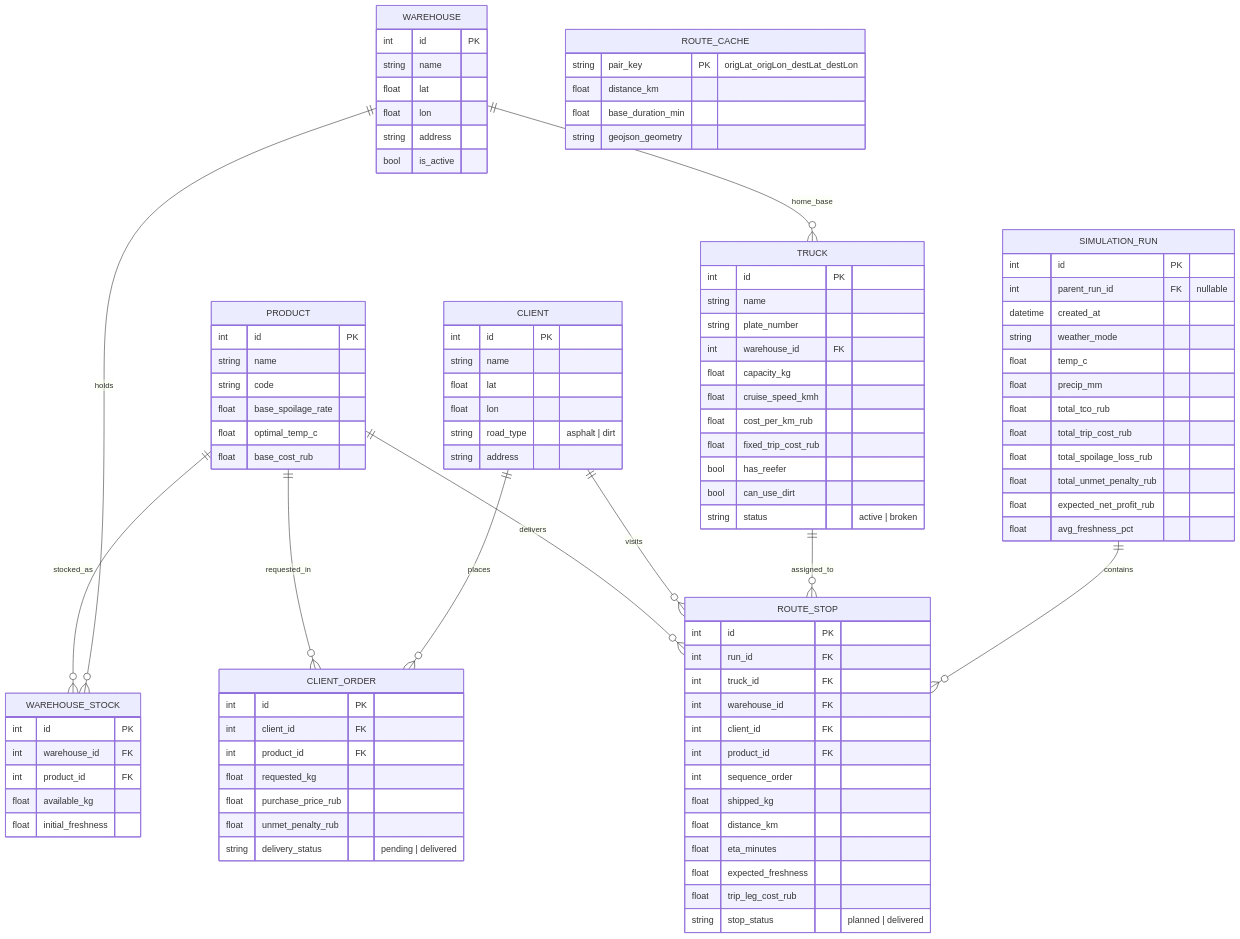
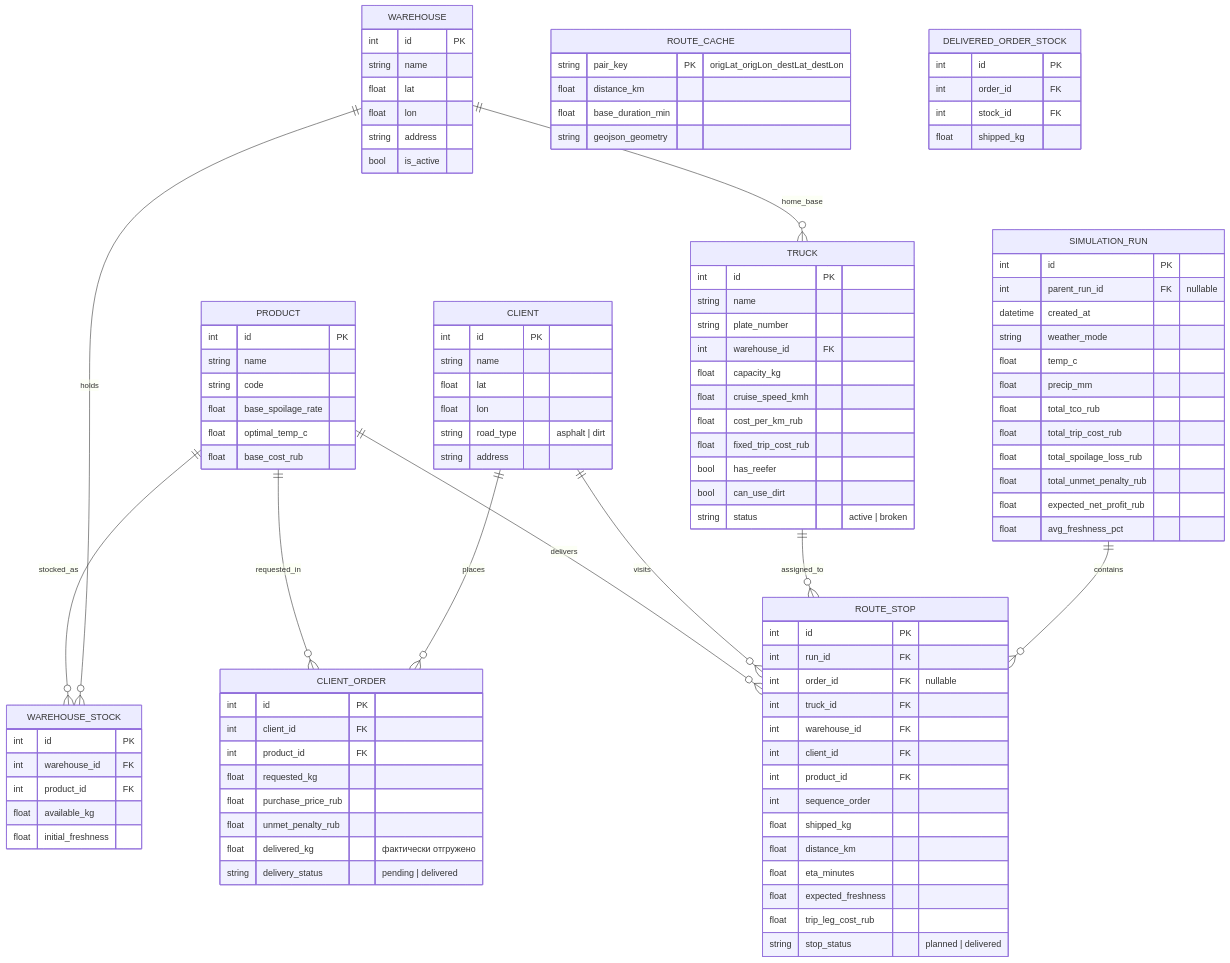
Before and after one commit to sasha2004-art/agrologistix: the diagram in docs/planning/04-database-design.md, drawn with Mermaid. The commit also changed other lines of this file and 20 other files, not shown here.

````diff
--- a/docs/planning/04-database-design.md
+++ b/docs/planning/04-database-design.md
@@ -56,6 +56,7 @@
         float requested_kg
         float purchase_price_rub
         float unmet_penalty_rub
+        float delivered_kg "фактически отгружено"
         string delivery_status "pending | delivered"
     }
 
@@ -91,6 +92,7 @@
     ROUTE_STOP {
         int id PK
         int run_id FK
+        int order_id FK "nullable"
         int truck_id FK
         int warehouse_id FK
         int client_id FK
@@ -110,4 +112,11 @@
         float base_duration_min
         string geojson_geometry
     }
+
+    DELIVERED_ORDER_STOCK {
+        int id PK
+        int order_id FK
+        int stock_id FK
+        float shipped_kg
+    }
 ```
````
